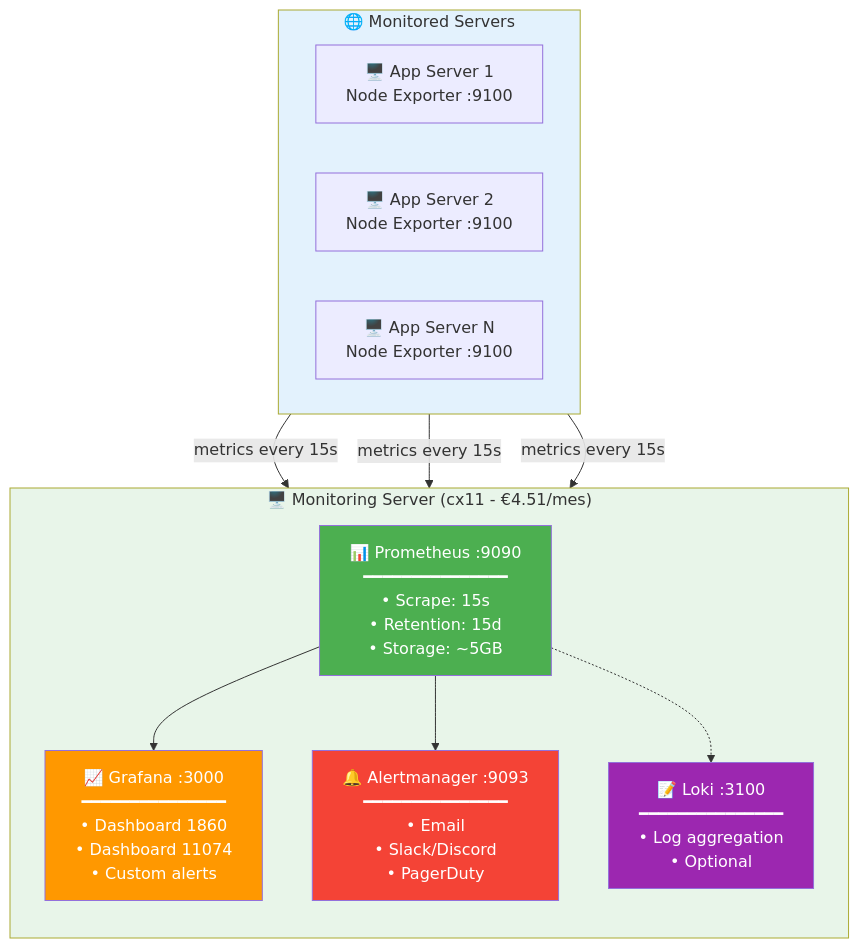
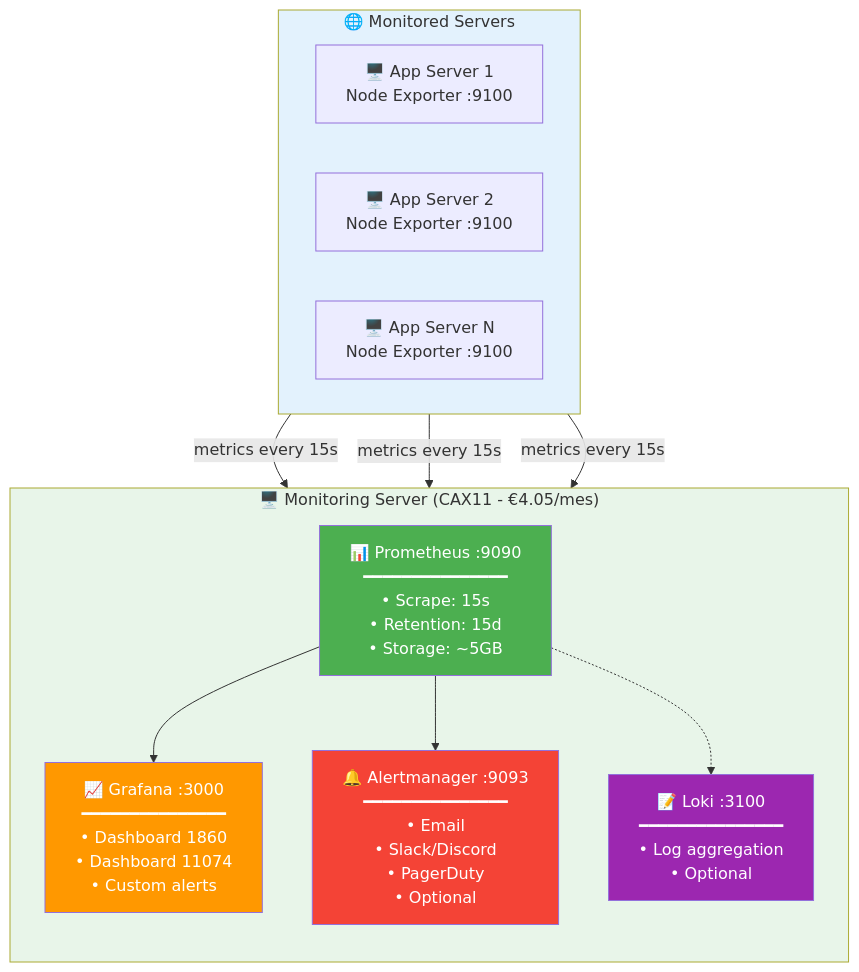
Before and after one commit to malpanez/hetzner-secure-infrastructure: the fourth of 4 diagrams in docs/infrastructure/MONITORING_ARCHITECTURE.md, drawn with Mermaid. The commit also changed other lines of this file and 38 other files, not shown here.

````diff
--- a/docs/infrastructure/MONITORING_ARCHITECTURE.md
+++ b/docs/infrastructure/MONITORING_ARCHITECTURE.md
@@ -150,32 +152,32 @@
 ```mermaid
 graph TB
-    subgraph monitoring["🖥️ Monitoring Server (cx11 - €4.51/mes)"]
+    subgraph monitoring["🖥️ Monitoring Server (CAX11 - €4.05/mes)"]
         direction TB
         prom["📊 Prometheus :9090<br/>━━━━━━━━━━━━━━━<br/>• Scrape: 15s<br/>• Retention: 15d<br/>• Storage: ~5GB"]
         graf["📈 Grafana :3000<br/>━━━━━━━━━━━━━━━<br/>• Dashboard 1860<br/>• Dashboard 11074<br/>• Custom alerts"]
-        alert["🔔 Alertmanager :9093<br/>━━━━━━━━━━━━━━━<br/>• Email<br/>• Slack/Discord<br/>• PagerDuty"]
+        alert["🔔 Alertmanager :9093<br/>━━━━━━━━━━━━━━━<br/>• Email<br/>• Slack/Discord<br/>• PagerDuty<br/>• Optional"]
         loki["📝 Loki :3100<br/>━━━━━━━━━━━━━━━<br/>• Log aggregation<br/>• Optional"]
 
         prom --> graf
         prom --> alert
         prom -.-> loki
     end
 
     subgraph servers["🌐 Monitored Servers"]
         direction LR
         server1["🖥️ App Server 1<br/>Node Exporter :9100"]
         server2["🖥️ App Server 2<br/>Node Exporter :9100"]
         serverN["🖥️ App Server N<br/>Node Exporter :9100"]
     end
 
     server1 -->|metrics every 15s| prom
     server2 -->|metrics every 15s| prom
     serverN -->|metrics every 15s| prom
 
     style monitoring fill:#e8f5e9
     style servers fill:#e3f2fd
     style prom fill:#4caf50,color:#fff
     style graf fill:#ff9800,color:#fff
     style alert fill:#f44336,color:#fff
     style loki fill:#9c27b0,color:#fff
 ```
````
